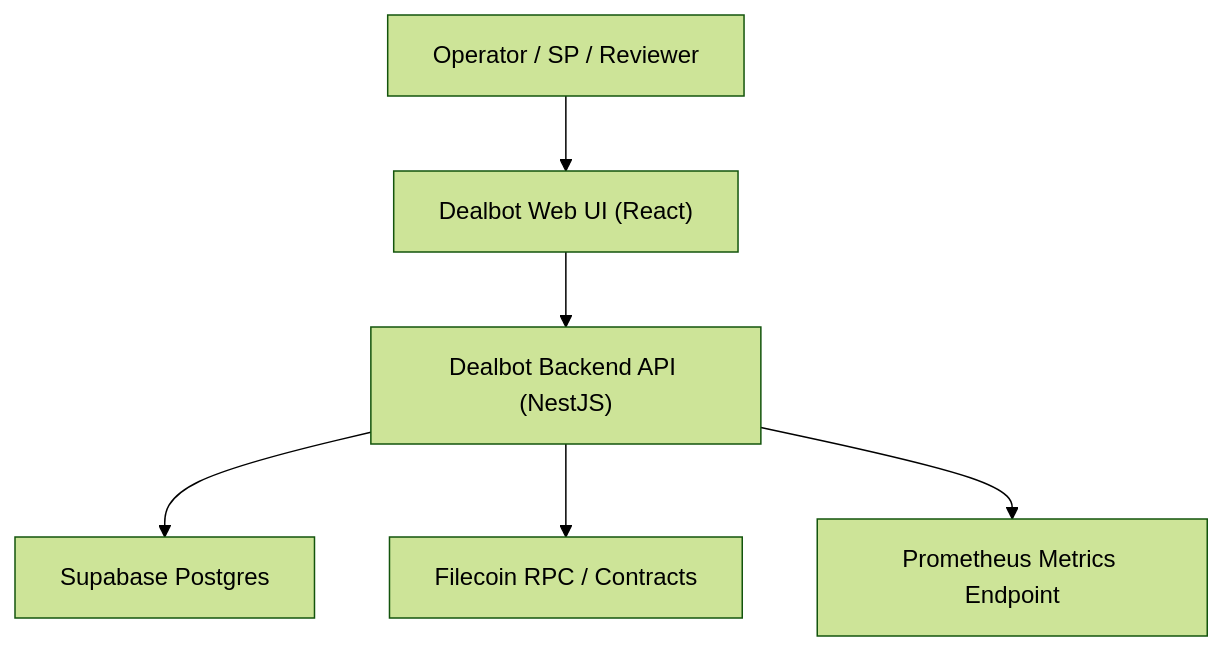
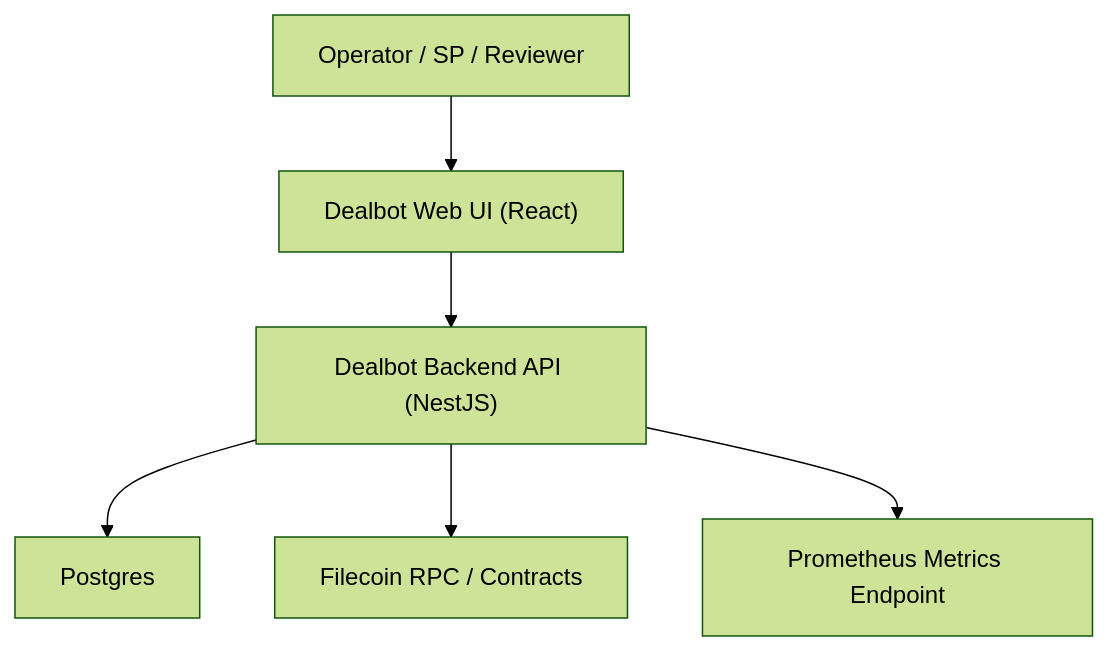
One commit to FilOzone/dealbot changed the first of 2 diagrams in docs/production-operations.md. Above: the diagram before and after it, drawn with Mermaid (forest theme).

````diff
--- a/docs/production-operations.md
+++ b/docs/production-operations.md
@@ -12,8 +12,8 @@
 ```mermaid
 graph TD
     User["Operator / SP / Reviewer"] --> Web["Dealbot Web UI (React)"]
     Web --> API["Dealbot Backend API (NestJS)"]
-    API --> DB["Supabase Postgres"]
+    API --> DB["Postgres"]
     API --> Chain["Filecoin RPC / Contracts"]
     API --> Metrics["Prometheus Metrics Endpoint"]
 ```
````
